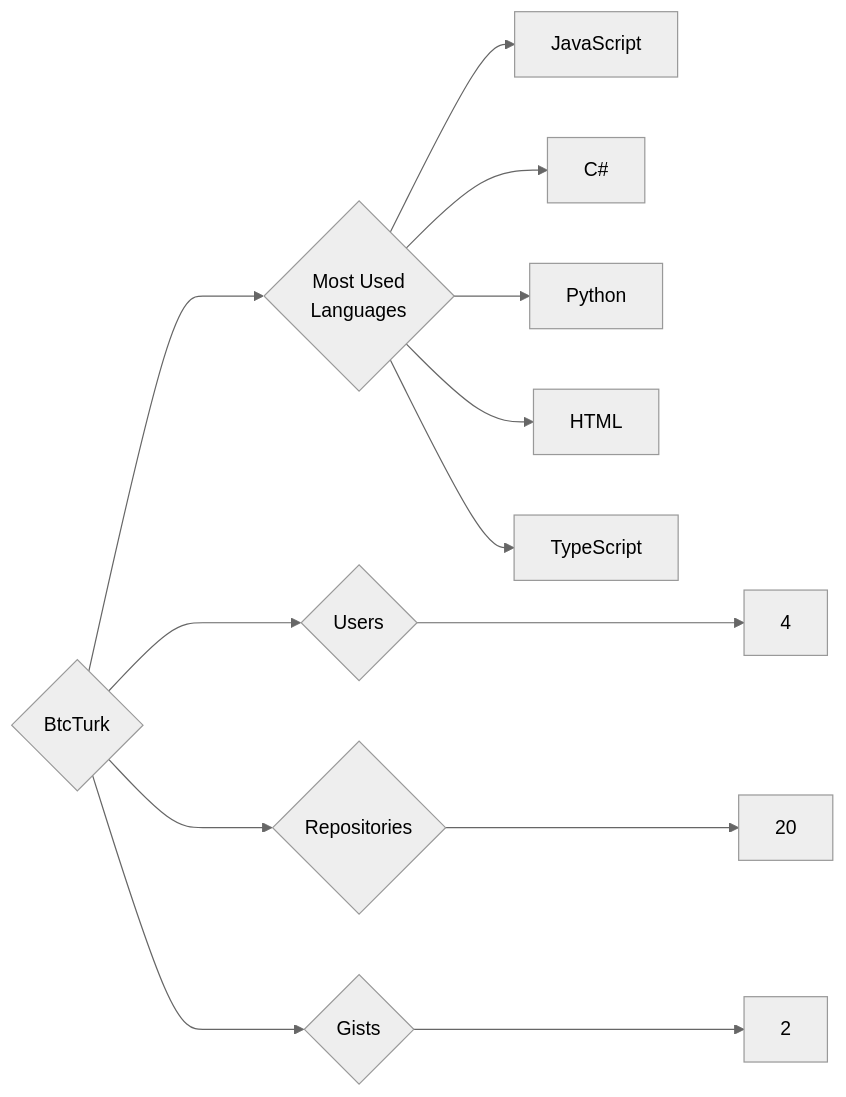
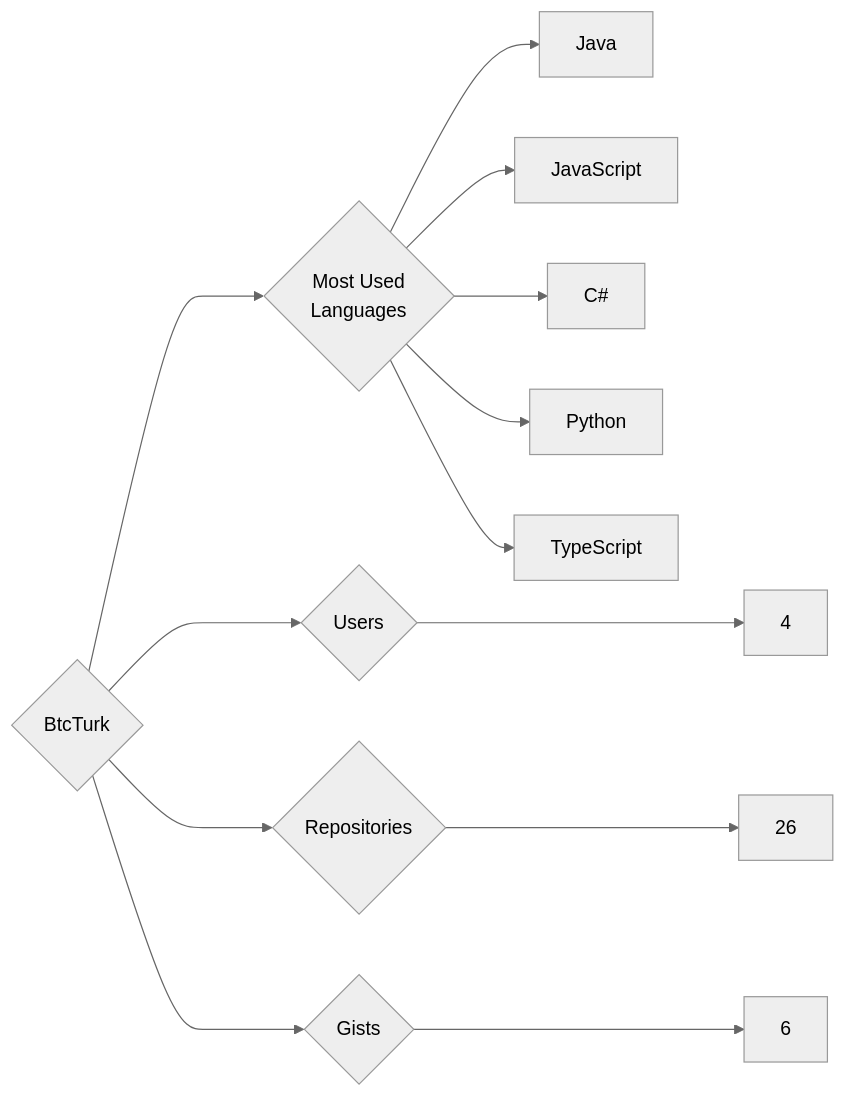
Before and after one commit to trickest/insiders: the diagram in targets/BtcTurk/README.md, drawn with Mermaid (neutral theme). The commit also changed 988 other files, not shown here.

````diff
--- a/targets/BtcTurk/README.md
+++ b/targets/BtcTurk/README.md
@@ -3,13 +3,13 @@
 ```mermaid
 graph LR
 COMPANY_NAME{BtcTurk}
 COMPANY_NAME ---> U{Users} ---> UN[4]
-COMPANY_NAME ---> R{Repositories} ---> RN[20]
-COMPANY_NAME ---> G{Gists} ---> GN[2]
+COMPANY_NAME ---> R{Repositories} ---> RN[26]
+COMPANY_NAME ---> G{Gists} ---> GN[6]
 COMPANY_NAME ---> ML{Most Used<br>Languages}
+ML --> Java[Java]
 ML --> JavaScript[JavaScript]
 ML --> C#[C#]
 ML --> Python[Python]
-ML --> HTML[HTML]
 ML --> TypeScript[TypeScript]
 ```
````
